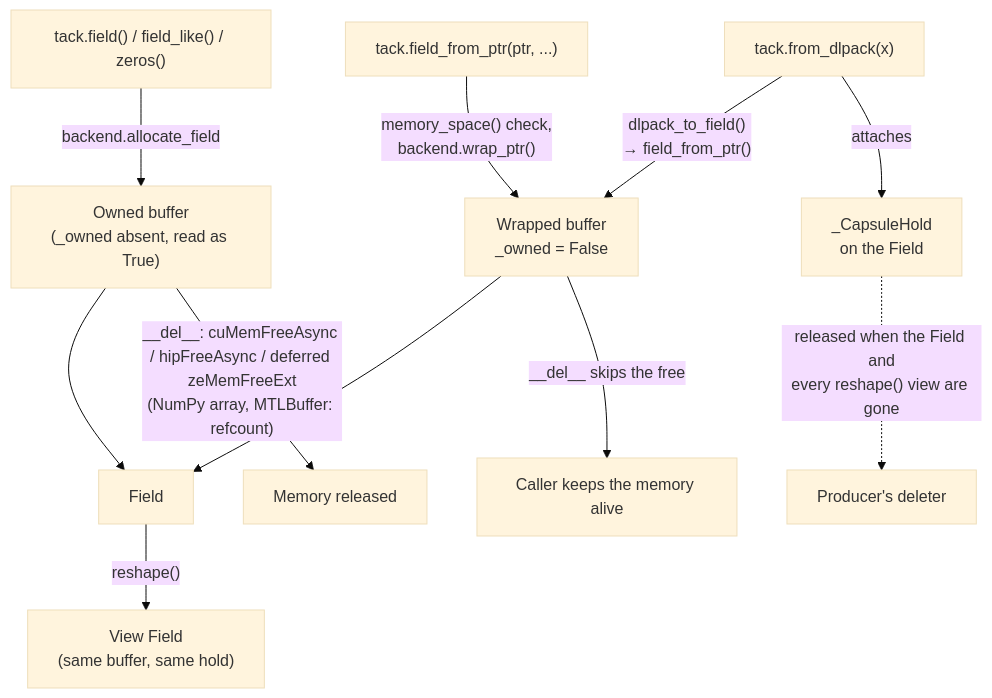
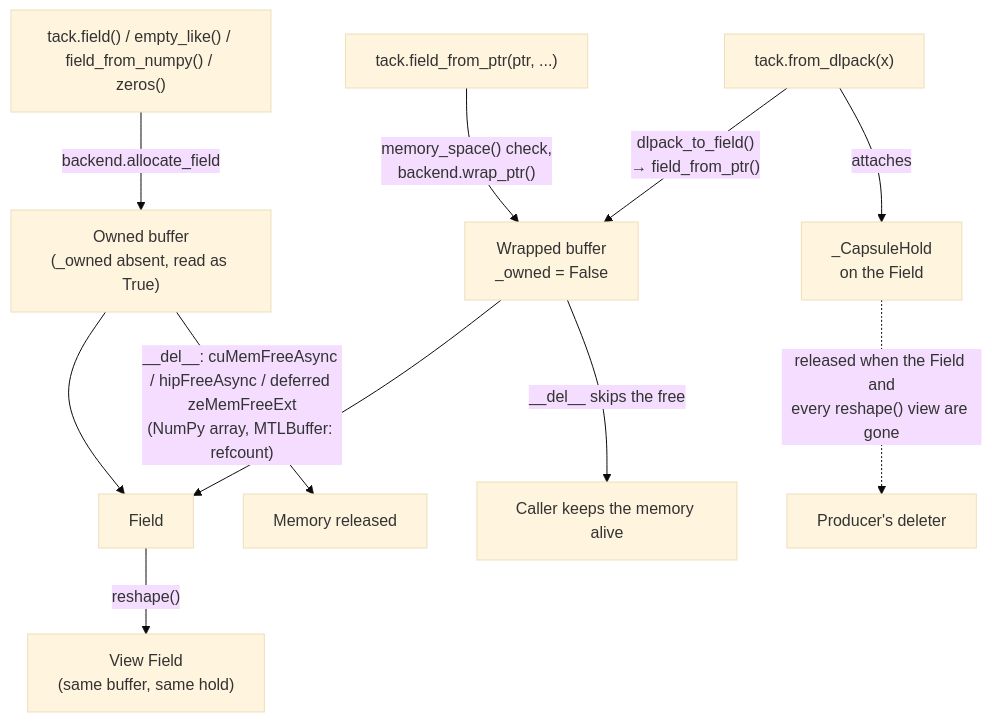
The diagram in docs/design/memory-and-aliasing.md (berkgeveci/tack), drawn with Mermaid (base theme) before and after one commit. The commit also changed 26 other files, not shown here.

````diff
--- a/docs/design/memory-and-aliasing.md
+++ b/docs/design/memory-and-aliasing.md
@@ -114,13 +114,13 @@
 ```mermaid
 flowchart TD
-    A["tack.field() / field_like() / zeros()"] -->|backend.allocate_field| OWN["Owned buffer<br/>(_owned absent, read as True)"]
+    A["tack.field() / empty_like() / field_from_numpy() / zeros()"] -->|backend.allocate_field| OWN["Owned buffer<br/>(_owned absent, read as True)"]
     B["tack.field_from_ptr(ptr, ...)"] -->|"memory_space() check,<br/>backend.wrap_ptr()"| WRAP["Wrapped buffer<br/>_owned = False"]
     C["tack.from_dlpack(x)"] -->|"dlpack_to_field()<br/>→ field_from_ptr()"| WRAP
     C -->|attaches| HOLD["_CapsuleHold<br/>on the Field"]
     OWN --> F["Field"]
     WRAP --> F
     F -->|"reshape()"| V["View Field<br/>(same buffer, same hold)"]
     HOLD -.->|"released when the Field and<br/>every reshape() view are gone"| PROD["Producer's deleter"]
     OWN -->|"__del__: cuMemFreeAsync / hipFreeAsync / deferred zeMemFreeExt<br/>(NumPy array, MTLBuffer: refcount)"| FREE["Memory released"]
     WRAP -->|"__del__ skips the free"| KEEP["Caller keeps the memory alive"]
 ```
````
